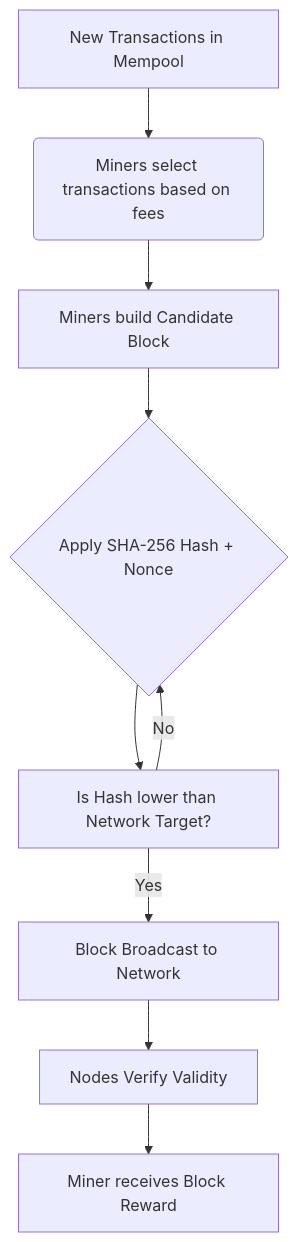
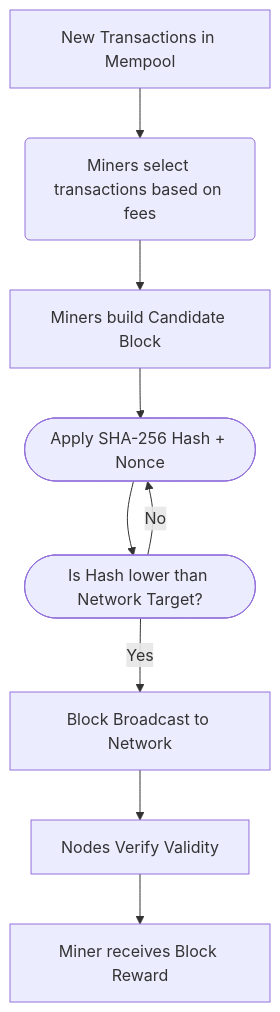
Before and after one commit to annabraun015-stack/krypto-watch: the diagram in src/content/blog/en/bitcoin-mining.mdx, drawn with Mermaid. The commit also changed 10 other files, not shown here.

```diff
--- a/src/content/blog/en/bitcoin-mining.mdx
+++ b/src/content/blog/en/bitcoin-mining.mdx
@@ -68,11 +68,11 @@
 <div class="mermaid">
 graph TD
     A[New Transactions in Mempool] --> B(Miners select transactions based on fees)
     B --> C[Miners build Candidate Block]
-    C --> D{Apply SHA-256 Hash + Nonce}
-    D --> E[Is Hash lower than Network Target?]
+    C --> D([Apply SHA-256 Hash + Nonce])
+    D --> E([Is Hash lower than Network Target?])
     E -- No --> D
     E -- Yes --> F[Block Broadcast to Network]
     F --> G[Nodes Verify Validity]
     G --> H[Miner receives Block Reward]
 </div>
```
